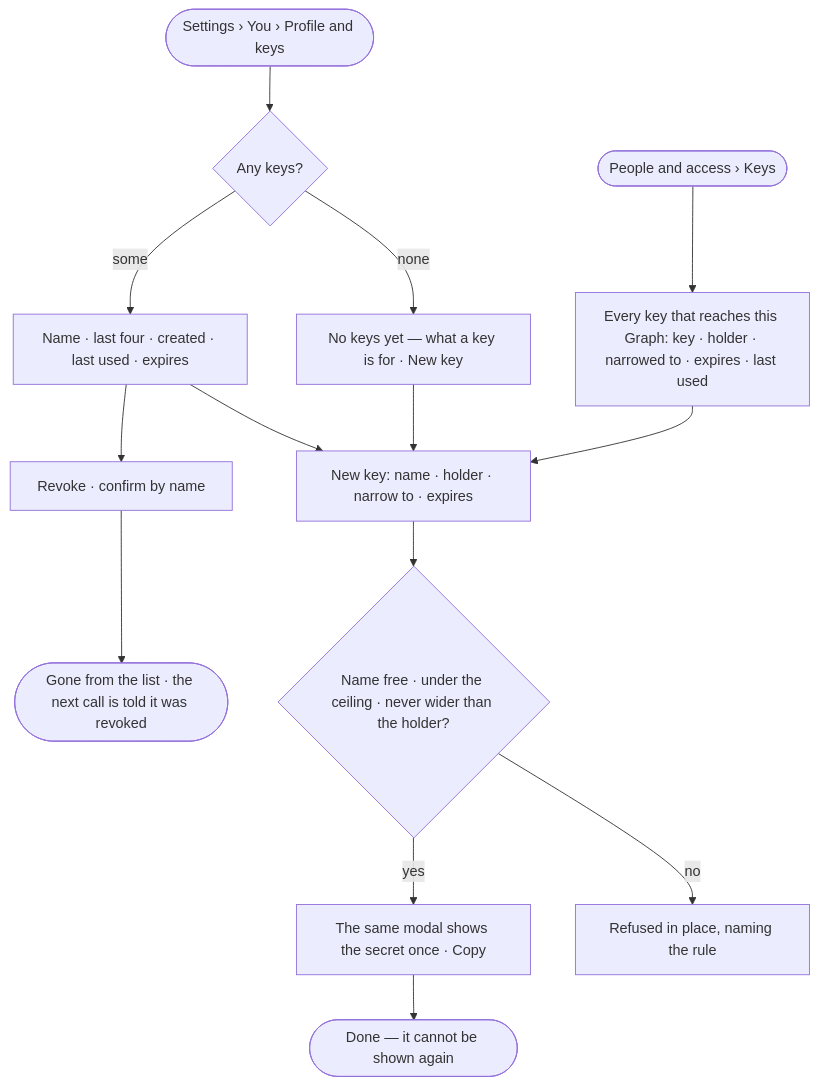
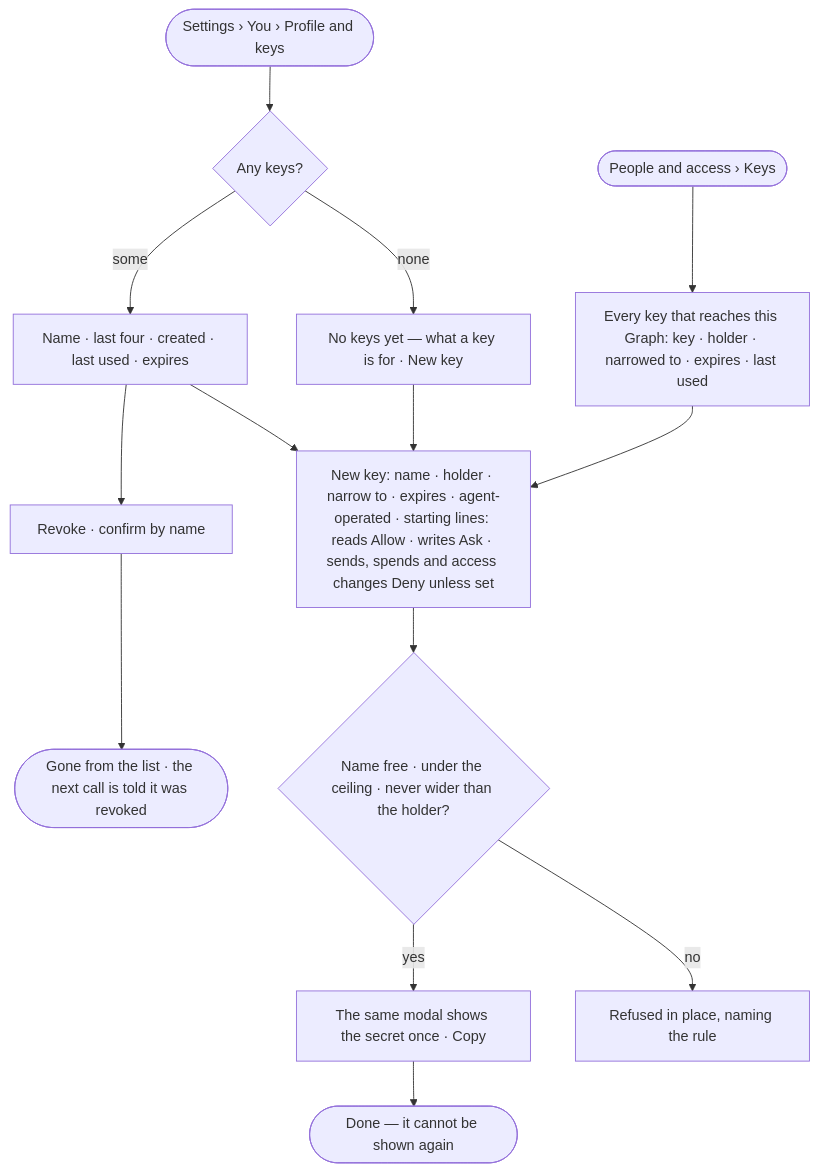
The first of 2 diagrams in specs/products/settings/features/ST-F02-people-and-access/stories/ST-09-mint-a-key-that-acts-as-its-holder-narrowed/story.md (invana/invana), drawn with Mermaid before and after one commit. The commit also changed other lines of this file and 24 other files, not shown here.

First line of the commit message:
docs: access model closes security round 2; starting lines settled

````diff
--- a/specs/products/settings/features/ST-F02-people-and-access/stories/ST-09-mint-a-key-that-acts-as-its-holder-narrowed/story.md
+++ b/specs/products/settings/features/ST-F02-people-and-access/stories/ST-09-mint-a-key-that-acts-as-its-holder-narrowed/story.md
@@ -27,16 +27,16 @@
 ```mermaid
 flowchart TD
   me([Settings › You › Profile and keys]) --> l{"Any keys?"}
   g([People and access › Keys]) --> gl["Every key that reaches this Graph: key · holder · narrowed to · expires · last used"]
   l -->|none| e["No keys yet — what a key is for · New key"]
   l -->|some| k["Name · last four · created · last used · expires"]
-  e --> n["New key: name · holder · narrow to · expires"]
+  e --> n["New key: name · holder · narrow to · expires · agent-operated · starting lines: reads Allow · writes Ask · sends, spends and access changes Deny unless set"]
   k --> n
   gl --> n
   n --> v{"Name free · under the ceiling · never wider than the holder?"}
   v -->|no| r["Refused in place, naming the rule"]
   v -->|yes| s["The same modal shows the secret once · Copy"]
   s --> d(["Done — it cannot be shown again"])
   k --> rv["Revoke · confirm by name"]
   rv --> gone(["Gone from the list · the next call is told it was revoked"])
 ```
````
